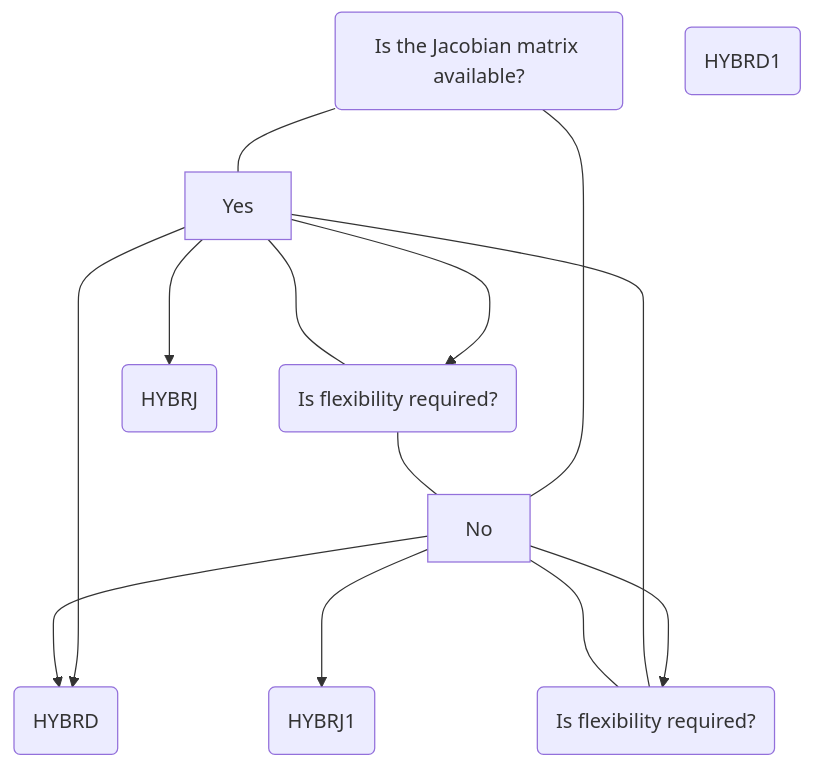
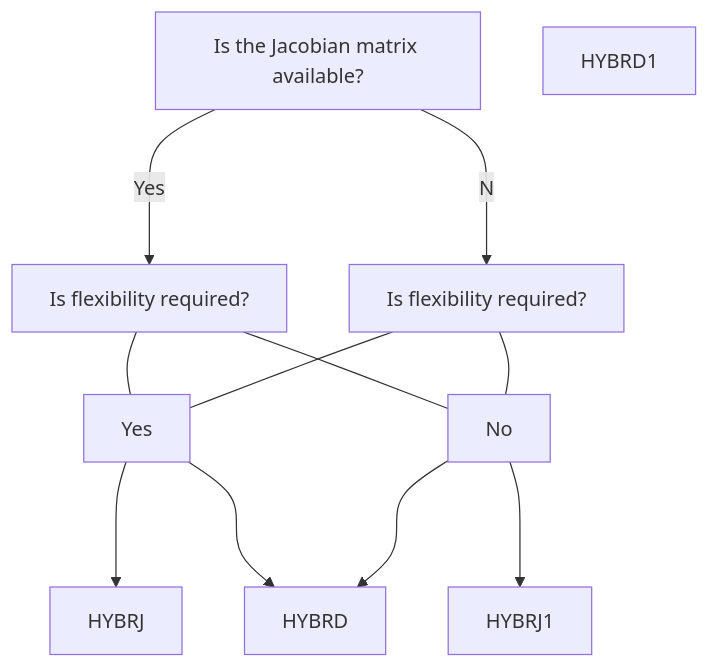
One commit to fortran-lang/minpack changed the diagram in README.md. Above: the diagram before and after it, drawn with Mermaid.

````diff
--- a/README.md
+++ b/README.md
@@ -29,16 +29,16 @@
 ```mermaid
 flowchart TB
-	start(Is the Jacobian matrix available?)
-	middle1(Is flexibility required?)
-	middle2(Is flexibility required?)
-	start --- Yes ---> middle1
-	start --- No ---> middle2
-	b1(HYBRJ)
-	b2(HYBRJ1)
-	b3(HYBRD)
-	b4(HYBRD1)
-	middle1 --- Yes ---> b1
-	middle1 --- No ---> b2
-	middle2 --- Yes ---> b3
-	middle2 --- No ---> b3
+	start[Is the Jacobian matrix available?]
+	middle1[Is flexibility required?]
+	middle2[Is flexibility required?]
+	start--Yes-->middle1
+	start--No-->middle2
+	b1[HYBRJ]
+	b2[HYBRJ1]
+	b3[HYBRD]
+	b4[HYBRD1]
+	middle1---Yes--->b1
+	middle1---No--->b2
+	middle2---Yes--->b3
+	middle2---No--->b3
 ```
````
